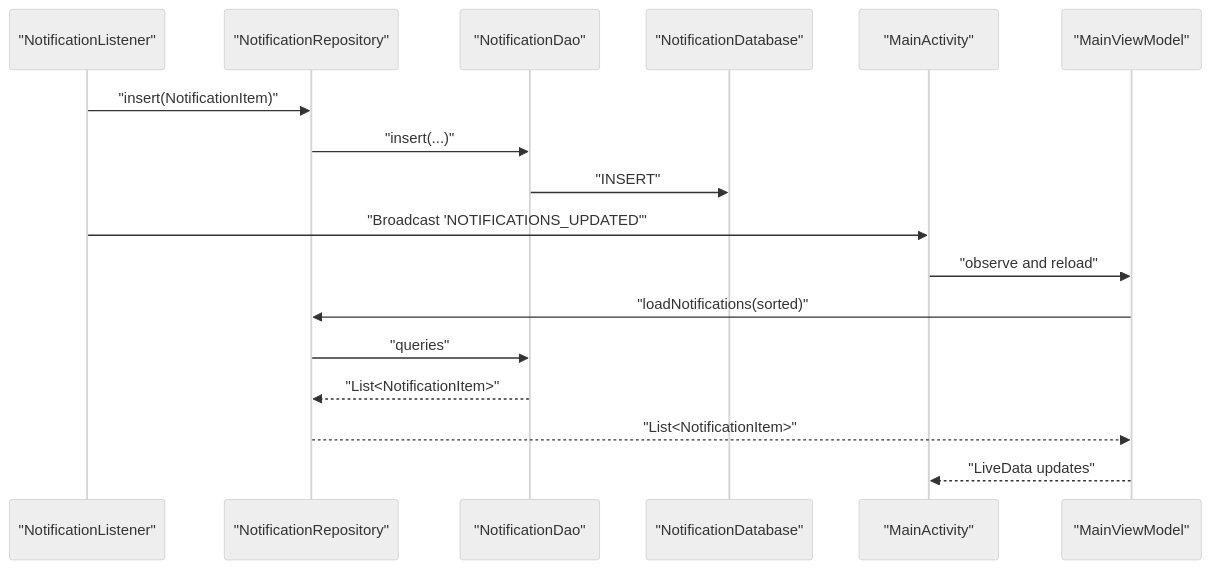
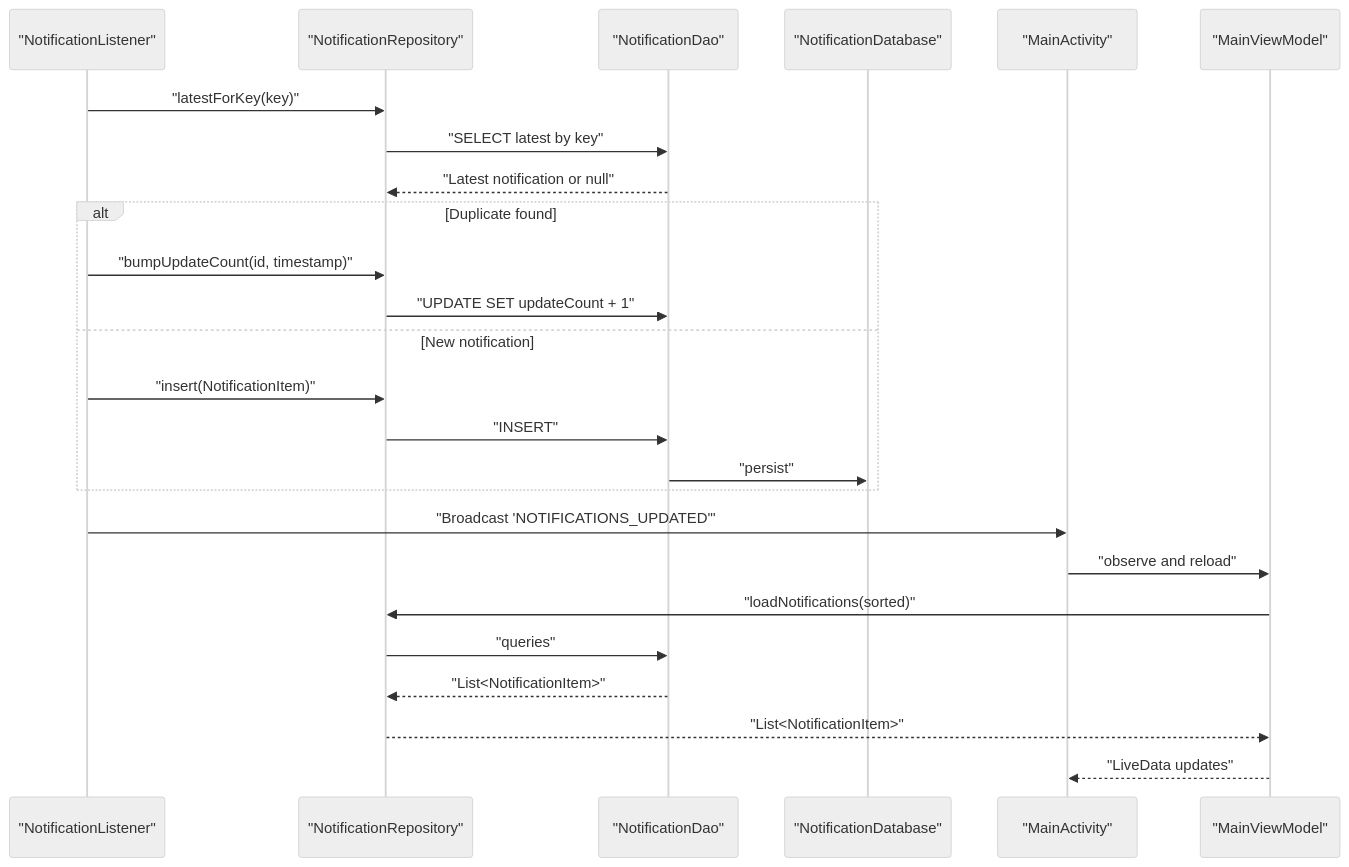
The fifth of 9 diagrams in .qoder/repowiki/en/content/Core Features/Real-time Notification Capture.md (caldefoc/NotificationLog), drawn with Mermaid (neutral theme) before and after one commit. The commit also changed other lines of this file and 13 other files, not shown here.

````diff
--- a/.qoder/repowiki/en/content/Core Features/Real-time Notification Capture.md
+++ b/.qoder/repowiki/en/content/Core Features/Real-time Notification Capture.md
@@ -249,19 +290,27 @@
 ```mermaid
 sequenceDiagram
 participant NL as "NotificationListener"
 participant Repo as "NotificationRepository"
 participant DAO as "NotificationDao"
 participant DB as "NotificationDatabase"
 participant MA as "MainActivity"
 participant VM as "MainViewModel"
+NL->>Repo : "latestForKey(key)"
+Repo->>DAO : "SELECT latest by key"
+DAO-->>Repo : "Latest notification or null"
+alt Duplicate found
+NL->>Repo : "bumpUpdateCount(id, timestamp)"
+Repo->>DAO : "UPDATE SET updateCount + 1"
+else New notification
 NL->>Repo : "insert(NotificationItem)"
-Repo->>DAO : "insert(...)"
-DAO->>DB : "INSERT"
+Repo->>DAO : "INSERT"
+DAO->>DB : "persist"
+end
 NL->>MA : "Broadcast 'NOTIFICATIONS_UPDATED'"
 MA->>VM : "observe and reload"
 VM->>Repo : "loadNotifications(sorted)"
 Repo->>DAO : "queries"
 DAO-->>Repo : "List<NotificationItem>"
 Repo-->>VM : "List<NotificationItem>"
 VM-->>MA : "LiveData updates"
 ```
````
